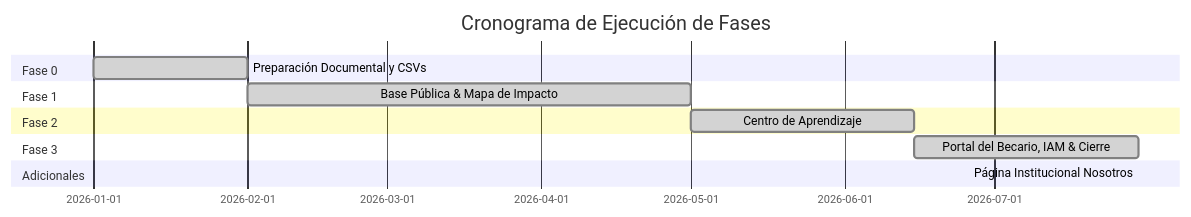
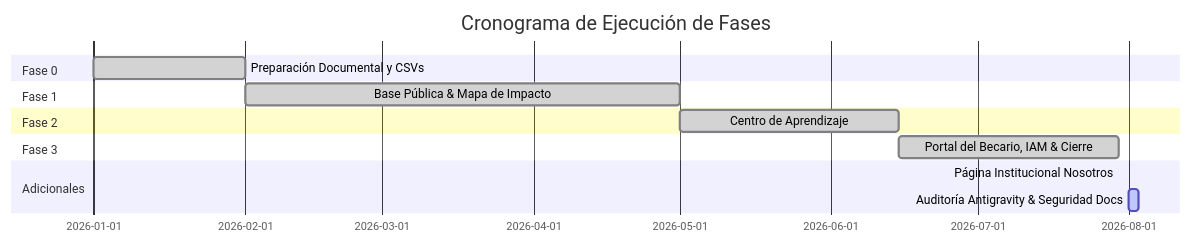
One commit to fabianconte7dg3/ForumPage changed the diagram in obsidian/05 - Planificación & Estado/🚀 Plan de Ejecución & Estado de Fases.md. Above: the diagram before and after it, drawn with Mermaid. The commit also changed other lines of this file and 3 other files, not shown here.

First line of the commit message:
docs(obsidian): sincronizar vault con docs/plan.md (auditoría Antigravity + DocumentosPrivados)

````diff
--- a/obsidian/05 - Planificación & Estado/🚀 Plan de Ejecución & Estado de Fases.md
+++ b/obsidian/05 - Planificación & Estado/🚀 Plan de Ejecución & Estado de Fases.md
@@ -25,15 +26,16 @@
 ```mermaid
 gantt
     title Cronograma de Ejecución de Fases
     dateFormat  YYYY-MM-DD
     section Fase 0
     Preparación Documental y CSVs     :done, f0, 2026-01-01, 2026-02-01
     section Fase 1
     Base Pública & Mapa de Impacto    :done, f1, 2026-02-01, 2026-05-01
     section Fase 2
     Centro de Aprendizaje             :done, f2, 2026-05-01, 2026-06-15
     section Fase 3
     Portal del Becario, IAM & Cierre  :done, f3, 2026-06-15, 2026-07-30
     section Adicionales
     Página Institucional Nosotros     :done, f4, 2026-07-30, 2026-07-30
+    Auditoría Antigravity & Seguridad Docs :active, f5, 2026-08-01, 2026-08-03
 ```
````
